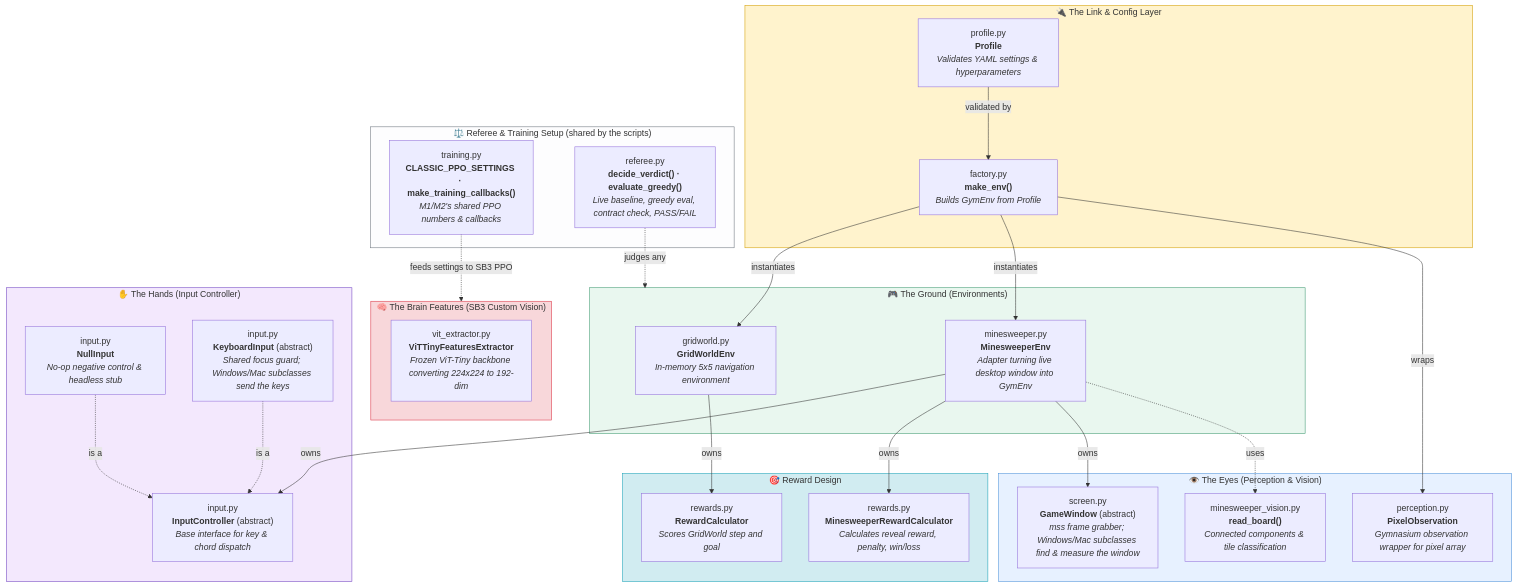
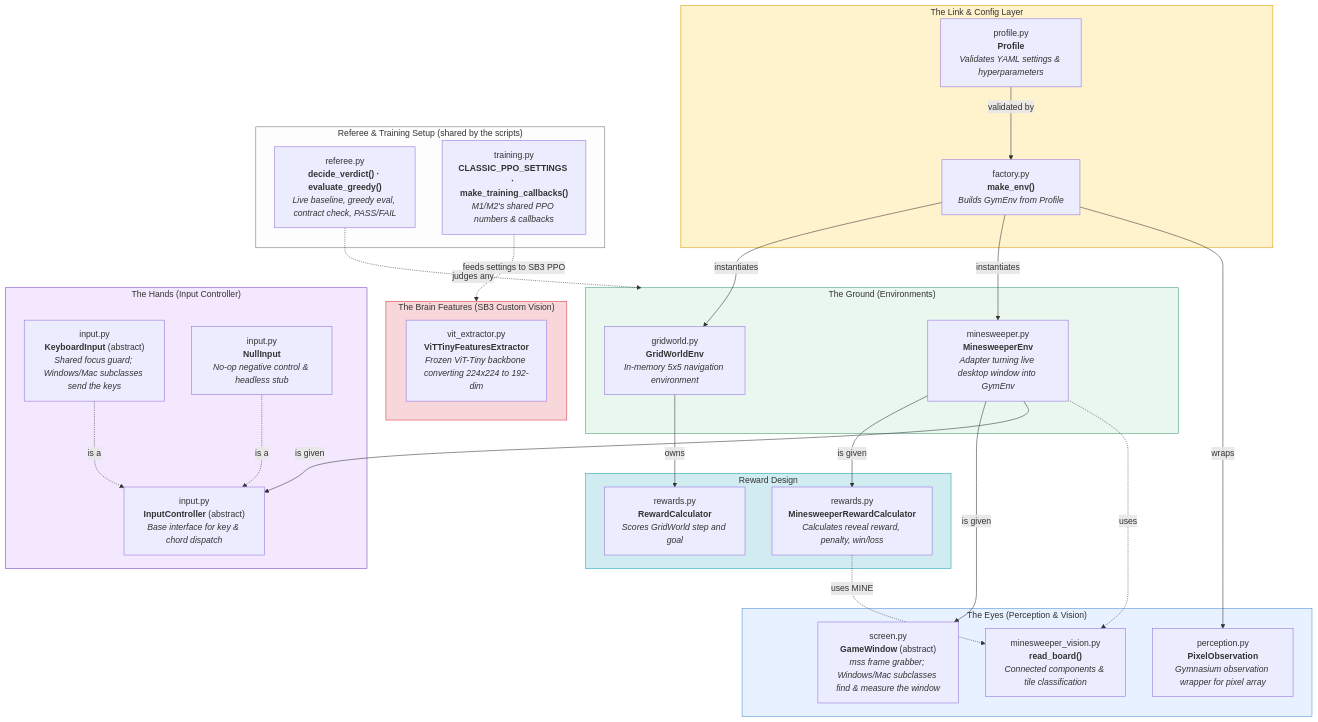
The sixth of 14 diagrams in docs/UML_FULL.md (Showerss/GameTrainer), drawn with Mermaid before and after one commit. The commit also changed other lines of this file and 36 other files, not shown here.

First line of the commit message:
R1 docs rewrite, UML truth pass, MIT license

````diff
--- a/docs/UML_FULL.md
+++ b/docs/UML_FULL.md
@@ -260,66 +265,68 @@
 ```mermaid
 flowchart TB
-    subgraph LINK_LAYER["🔌 The Link & Config Layer"]
+    subgraph LINK_LAYER["The Link & Config Layer"]
         FACTORY["factory.py<br/><b>make_env()</b><br/><i>Builds GymEnv from Profile</i>"]
         PROFILE["profile.py<br/><b>Profile</b><br/><i>Validates YAML settings & hyperparameters</i>"]
     end
 
-    subgraph GROUND_LAYER["🎮 The Ground (Environments)"]
+    subgraph GROUND_LAYER["The Ground (Environments)"]
         GRIDWORLD["gridworld.py<br/><b>GridWorldEnv</b><br/><i>In-memory 5x5 navigation environment</i>"]
         MINESWEEPER["minesweeper.py<br/><b>MinesweeperEnv</b><br/><i>Adapter turning live desktop window into GymEnv</i>"]
     end
 
-    subgraph EYES_LAYER["👁️ The Eyes (Perception & Vision)"]
+    subgraph EYES_LAYER["The Eyes (Perception & Vision)"]
         SCREEN["screen.py<br/><b>GameWindow</b> (abstract)<br/><i>mss frame grabber; Windows/Mac subclasses find & measure the window</i>"]
         VISION["minesweeper_vision.py<br/><b>read_board()</b><br/><i>Connected components & tile classification</i>"]
         PERCEPTION["perception.py<br/><b>PixelObservation</b><br/><i>Gymnasium observation wrapper for pixel array</i>"]
     end
 
-    subgraph BRAIN_LAYER["🧠 The Brain Features (SB3 Custom Vision)"]
+    subgraph BRAIN_LAYER["The Brain Features (SB3 Custom Vision)"]
         VIT_EXTRACTOR["vit_extractor.py<br/><b>ViTTinyFeaturesExtractor</b><br/><i>Frozen ViT-Tiny backbone converting 224x224 to 192-dim</i>"]
     end
 
-    subgraph HANDS_LAYER["✋ The Hands (Input Controller)"]
+    subgraph HANDS_LAYER["The Hands (Input Controller)"]
         INPUT_BASE["input.py<br/><b>InputController</b> (abstract)<br/><i>Base interface for key & chord dispatch</i>"]
         KEYBOARD_INPUT["input.py<br/><b>KeyboardInput</b> (abstract)<br/><i>Shared focus guard; Windows/Mac subclasses send the keys</i>"]
         NULL_INPUT["input.py<br/><b>NullInput</b><br/><i>No-op negative control & headless stub</i>"]
     end
 
-    subgraph REWARD_LAYER["🎯 Reward Design"]
+    subgraph REWARD_LAYER["Reward Design"]
         REWARDS_GW["rewards.py<br/><b>RewardCalculator</b><br/><i>Scores GridWorld step and goal</i>"]
         REWARDS_MS["rewards.py<br/><b>MinesweeperRewardCalculator</b><br/><i>Calculates reveal reward, penalty, win/loss</i>"]
     end
 
-    subgraph REFEREE_LAYER["⚖️ Referee & Training Setup (shared by the scripts)"]
+    subgraph REFEREE_LAYER["Referee & Training Setup (shared by the scripts)"]
         REFEREE["referee.py<br/><b>decide_verdict() · evaluate_greedy()</b><br/><i>Live baseline, greedy eval, contract check, PASS/FAIL</i>"]
         TRAINING["training.py<br/><b>CLASSIC_PPO_SETTINGS · make_training_callbacks()</b><br/><i>M1/M2's shared PPO numbers & callbacks</i>"]
     end
 
     %% Wiring
     PROFILE -->|"validated by"| FACTORY
     FACTORY -->|"instantiates"| GRIDWORLD
     FACTORY -->|"instantiates"| MINESWEEPER
     FACTORY -->|"wraps"| PERCEPTION
 
     %% Flowcharts have no UML arrow heads, so the relationship is the label:
-    %% "owns" = composition (*-- in the class diagram), "is a" = inheritance (<|--).
+    %% "owns" = composition (*--), "is given" = aggregation (o--),
+    %% "is a" = inheritance (<|--), "uses" = dependency (..>).
     GRIDWORLD -->|"owns"| REWARDS_GW
-    MINESWEEPER -->|"owns"| REWARDS_MS
-    MINESWEEPER -->|"owns"| SCREEN
-    MINESWEEPER -->|"owns"| INPUT_BASE
+    MINESWEEPER -->|"is given"| REWARDS_MS
+    MINESWEEPER -->|"is given"| SCREEN
+    MINESWEEPER -->|"is given"| INPUT_BASE
     MINESWEEPER -.->|"uses"| VISION
+    REWARDS_MS -.->|"uses MINE"| VISION
 
     KEYBOARD_INPUT -.->|"is a"| INPUT_BASE
     NULL_INPUT -.->|"is a"| INPUT_BASE
 
     REFEREE -.->|"judges any"| GROUND_LAYER
     TRAINING -.->|"feeds settings to SB3 PPO"| BRAIN_LAYER
 
     style LINK_LAYER fill:#fff3cd,stroke:#d39e00
     style GROUND_LAYER fill:#e9f7ef,stroke:#3d9970
     style EYES_LAYER fill:#e7f1ff,stroke:#4a90d9
     style BRAIN_LAYER fill:#f8d7da,stroke:#dc3545
     style HANDS_LAYER fill:#f3e8fd,stroke:#6f42c1
     style REWARD_LAYER fill:#d1ecf1,stroke:#17a2b8
     style REFEREE_LAYER fill:#fdfdfe,stroke:#6c757d
 ```
````
